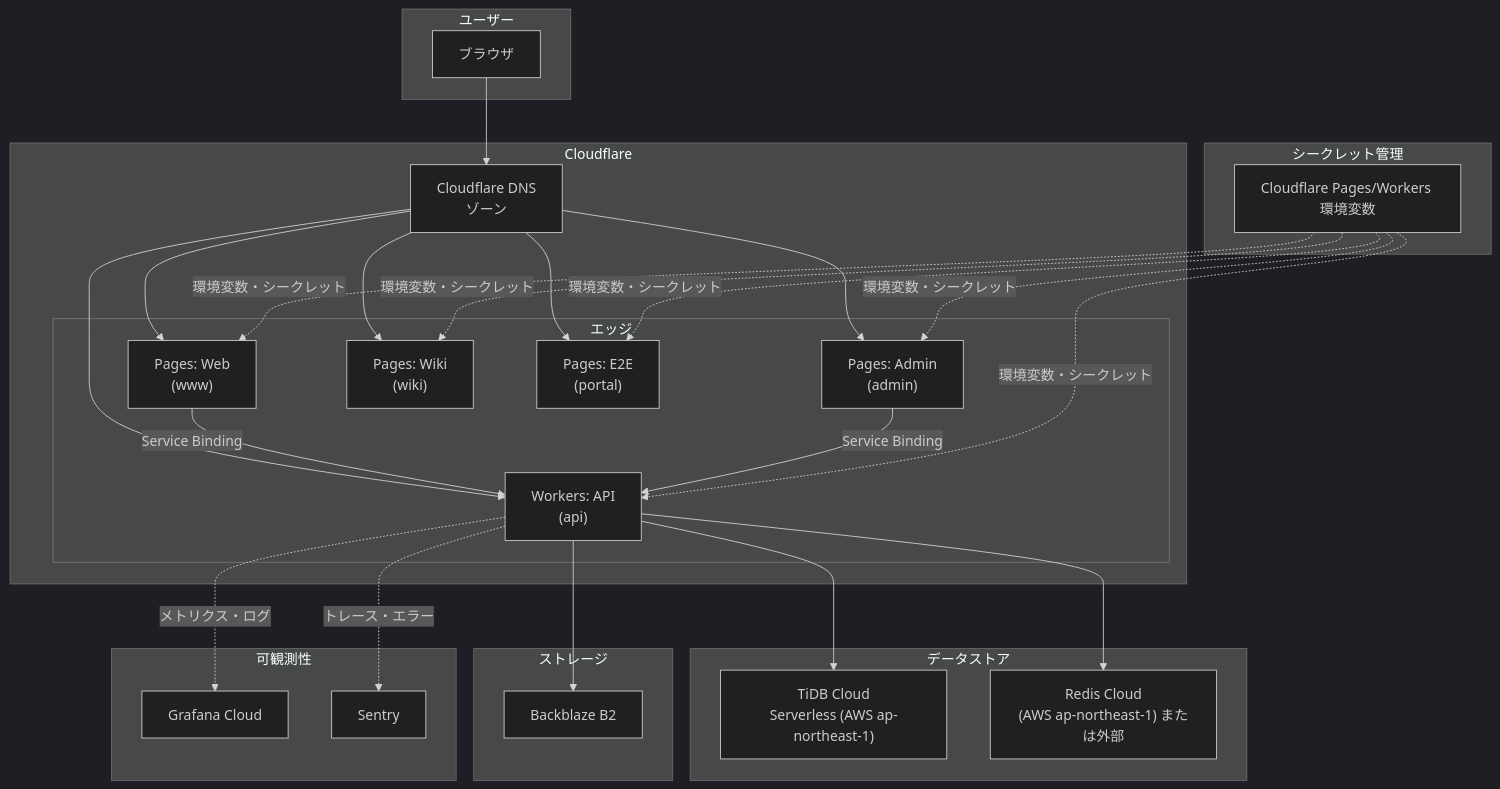
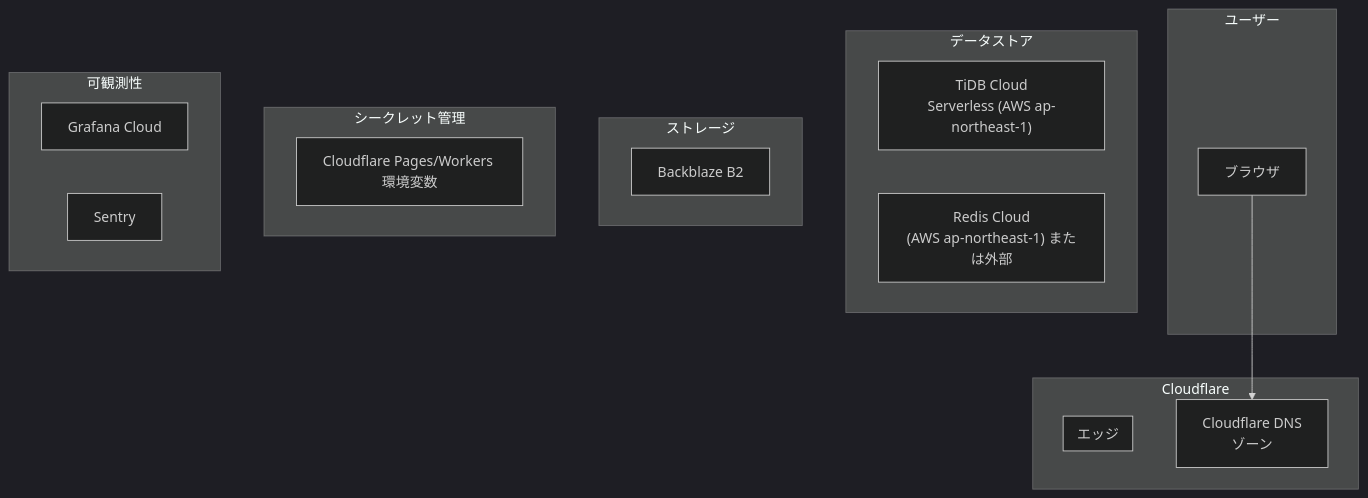
The first of 2 diagrams in docs/architecture/infra-architecture.md (hibi-com/portfolio), drawn with Mermaid (dark theme) before and after one commit. The commit also changed 9 other files, not shown here.

First line of the commit message:
refactor: update wrangler.toml paths and enhance architecture documentation

````diff
--- a/docs/architecture/infra-architecture.md
+++ b/docs/architecture/infra-architecture.md
@@ -17,54 +17,32 @@
 ```mermaid
 flowchart TB
     subgraph Users["ユーザー"]
         Browser["ブラウザ"]
     end
 
     subgraph Cloudflare["Cloudflare"]
         DNS["Cloudflare DNS<br/>ゾーン"]
         subgraph Edge["エッジ"]
-            PagesWeb["Pages: Web<br/>(www)"]
-            PagesAdmin["Pages: Admin<br/>(admin)"]
-            PagesWiki["Pages: Wiki<br/>(wiki)"]
-            PagesE2e["Pages: E2E<br/>(portal)"]
-            WorkerAPI["Workers: API<br/>(api)"]
         end
     end
 
     subgraph Data["データストア"]
         TiDB["TiDB Cloud<br/>Serverless (AWS ap-northeast-1)"]
         Redis["Redis Cloud<br/>(AWS ap-northeast-1) または外部"]
     end
 
     subgraph Storage["ストレージ"]
         Backblaze["Backblaze B2"]
     end
 
     subgraph Secrets["シークレット管理"]
         CFEnv["Cloudflare Pages/Workers 環境変数"]
     end
 
     subgraph Observability["可観測性"]
         Grafana["Grafana Cloud"]
         Sentry["Sentry"]
     end
 
     Browser --> DNS
-    DNS --> PagesWeb
-    DNS --> PagesAdmin
-    DNS --> PagesWiki
-    DNS --> PagesE2e
-    DNS --> WorkerAPI
-    PagesWeb -->|Service Binding| WorkerAPI
-    PagesAdmin -->|Service Binding| WorkerAPI
-    WorkerAPI --> TiDB
-    WorkerAPI --> Redis
-    WorkerAPI --> Backblaze
-    CFEnv -.->|環境変数・シークレット| PagesWeb
-    CFEnv -.->|環境変数・シークレット| PagesAdmin
-    CFEnv -.->|環境変数・シークレット| PagesWiki
-    CFEnv -.->|環境変数・シークレット| PagesE2e
-    CFEnv -.->|環境変数・シークレット| WorkerAPI
-    WorkerAPI -.->|トレース・エラー| Sentry
-    WorkerAPI -.->|メトリクス・ログ| Grafana
 ```
````
